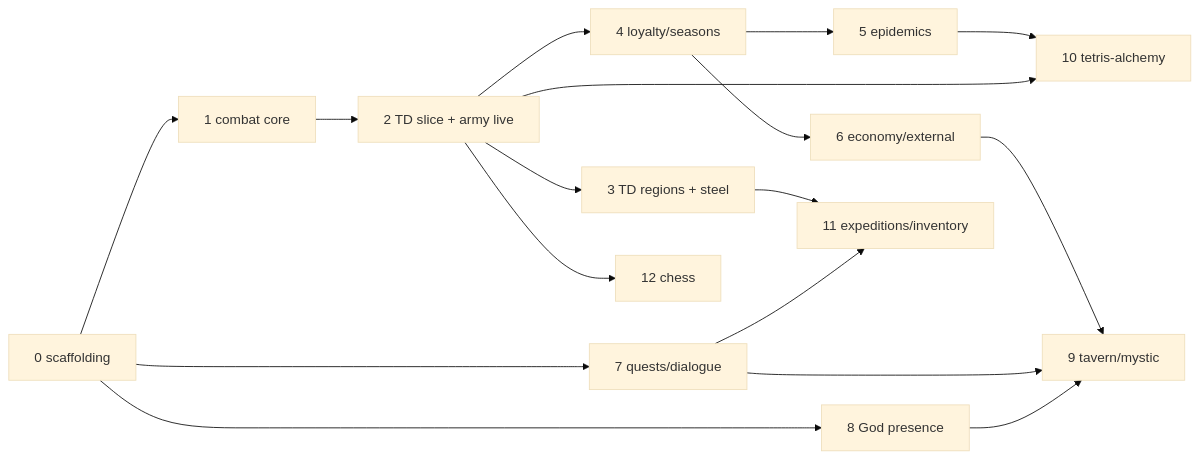
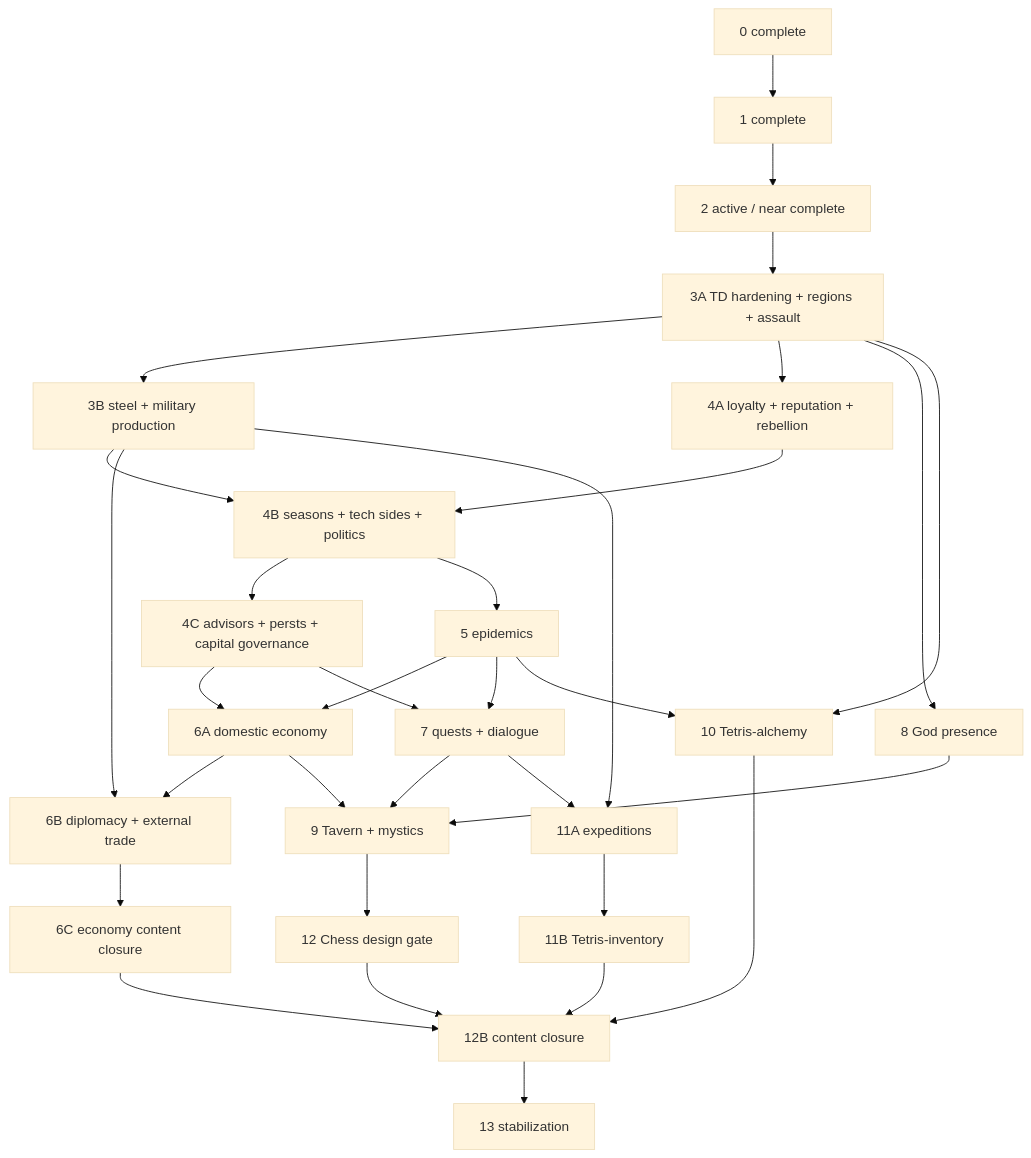
The diagram in plans/empires-endgame/README.md (akulihin/King-of-the-Garbage-Hill), drawn with Mermaid (base theme) before and after one commit. The commit also changed other lines of this file and 43 other files, not shown here.

````diff
--- a/plans/empires-endgame/README.md
+++ b/plans/empires-endgame/README.md
@@ -33,19 +45,34 @@
 ```mermaid
-graph LR
-  P0[0 scaffolding] --> P1[1 combat core]
-  P1 --> P2[2 TD slice + army live]
-  P2 --> P3[3 TD regions + steel]
-  P2 --> P4[4 loyalty/seasons]
-  P4 --> P5[5 epidemics]
-  P4 --> P6[6 economy/external]
-  P0 --> P7[7 quests/dialogue]
-  P0 --> P8[8 God presence]
-  P6 --> P9[9 tavern/mystic]
+graph TD
+  P0[0 complete] --> P1[1 complete]
+  P1 --> P2[2 active / near complete]
+  P2 --> P3A[3A TD hardening + regions + assault]
+  P3A --> P3B[3B steel + military production]
+  P3A --> P4A[4A loyalty + reputation + rebellion]
+  P3B --> P4B[4B seasons + tech sides + politics]
+  P4A --> P4B
+  P4B --> P4C[4C advisors + persts + capital governance]
+  P4B --> P5[5 epidemics]
+  P4C --> P6A[6A domestic economy]
+  P5 --> P6A
+  P3B --> P6B[6B diplomacy + external trade]
+  P6A --> P6B
+  P6B --> P6C[6C economy content closure]
+  P5 --> P7[7 quests + dialogue]
+  P4C --> P7
+  P3A --> P8[8 God presence]
+  P6A --> P9[9 Tavern + mystics]
   P7 --> P9
   P8 --> P9
-  P5 --> P10[10 tetris-alchemy]
-  P2 --> P10
-  P3 --> P11[11 expeditions/inventory]
-  P7 --> P11
-  P2 --> P12[12 chess]
+  P3A --> P10[10 Tetris-alchemy]
+  P5 --> P10
+  P3B --> P11A[11A expeditions]
+  P7 --> P11A
+  P11A --> P11B[11B Tetris-inventory]
+  P9 --> P12[12 Chess design gate]
+  P6C --> P12B[12B content closure]
+  P10 --> P12B
+  P11B --> P12B
+  P12 --> P12B
+  P12B --> P13[13 stabilization]
 ```
````
